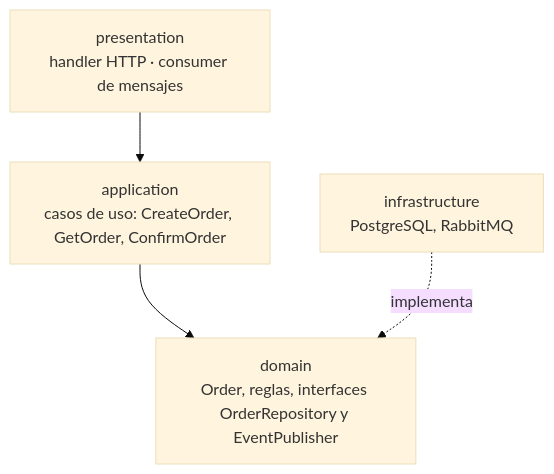
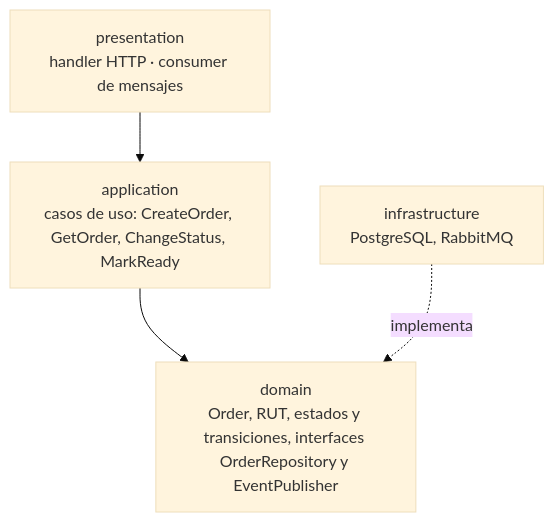
Before and after one commit to josemiguellopez/bootcamp_go_xintec: the second of 8 diagrams in docs/04-arquitectura.md, drawn with Mermaid (base theme). The commit also changed other lines of this file and 11 other files, not shown here.

First line of the commit message:
docs: estados, RUT, Postman, sitio web y análisis de dependencias

````diff
--- a/docs/04-arquitectura.md
+++ b/docs/04-arquitectura.md
@@ -36,6 +36,6 @@
 ```mermaid
 flowchart TB
-    P["presentation<br/>handler HTTP · consumer de mensajes"] --> A["application<br/>casos de uso: CreateOrder, GetOrder, ConfirmOrder"]
-    A --> D["domain<br/>Order, reglas, interfaces OrderRepository y EventPublisher"]
+    P["presentation<br/>handler HTTP · consumer de mensajes"] --> A["application<br/>casos de uso: CreateOrder, GetOrder, ChangeStatus, MarkReady"]
+    A --> D["domain<br/>Order, RUT, estados y transiciones, interfaces OrderRepository y EventPublisher"]
     I["infrastructure<br/>PostgreSQL, RabbitMQ"] -. implementa .-> D
 ```
````
